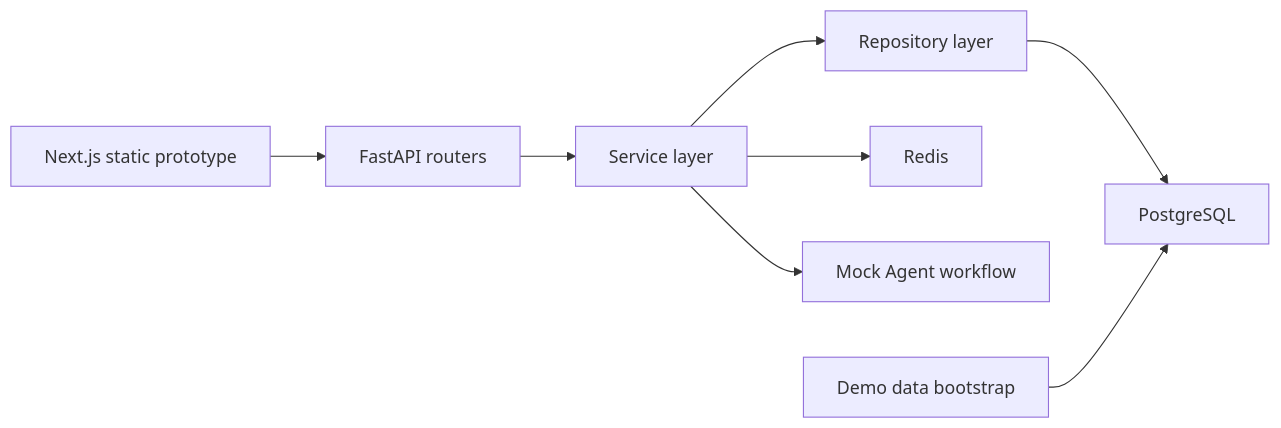
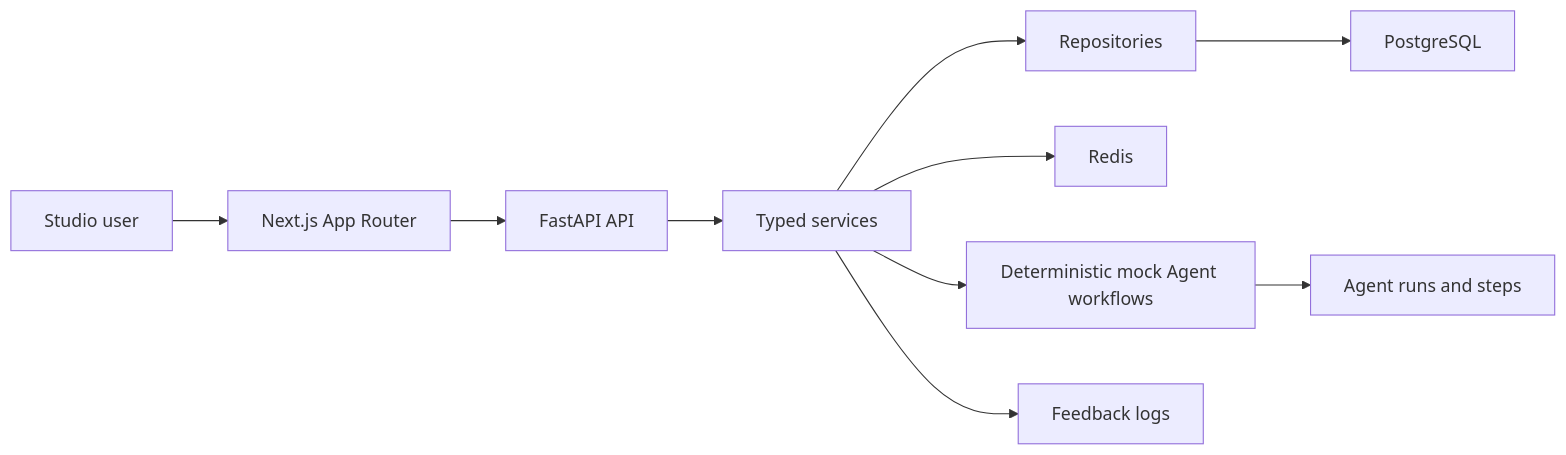
The diagram in README.md (rM0on/singflow-ai), drawn with Mermaid before and after one commit. The commit also changed other lines of this file and 6 other files, not shown here.

````diff
--- a/README.md
+++ b/README.md
@@ -105,10 +37,12 @@
 ```mermaid
 flowchart LR
-  Web["Next.js static prototype"] --> API["FastAPI routers"]
-  API --> Services["Service layer"]
-  Services --> Repos["Repository layer"]
+  User["Studio user"] --> Web["Next.js App Router"]
+  Web --> API["FastAPI API"]
+  API --> Services["Typed services"]
+  Services --> Repos["Repositories"]
   Repos --> DB["PostgreSQL"]
   Services --> Redis["Redis"]
-  Services --> Agent["Mock Agent workflow"]
-  Bootstrap["Demo data bootstrap"] --> DB
+  Services --> Agent["Deterministic mock Agent workflows"]
+  Agent --> Runs["Agent runs and steps"]
+  Services --> Feedback["Feedback logs"]
 ```
````
